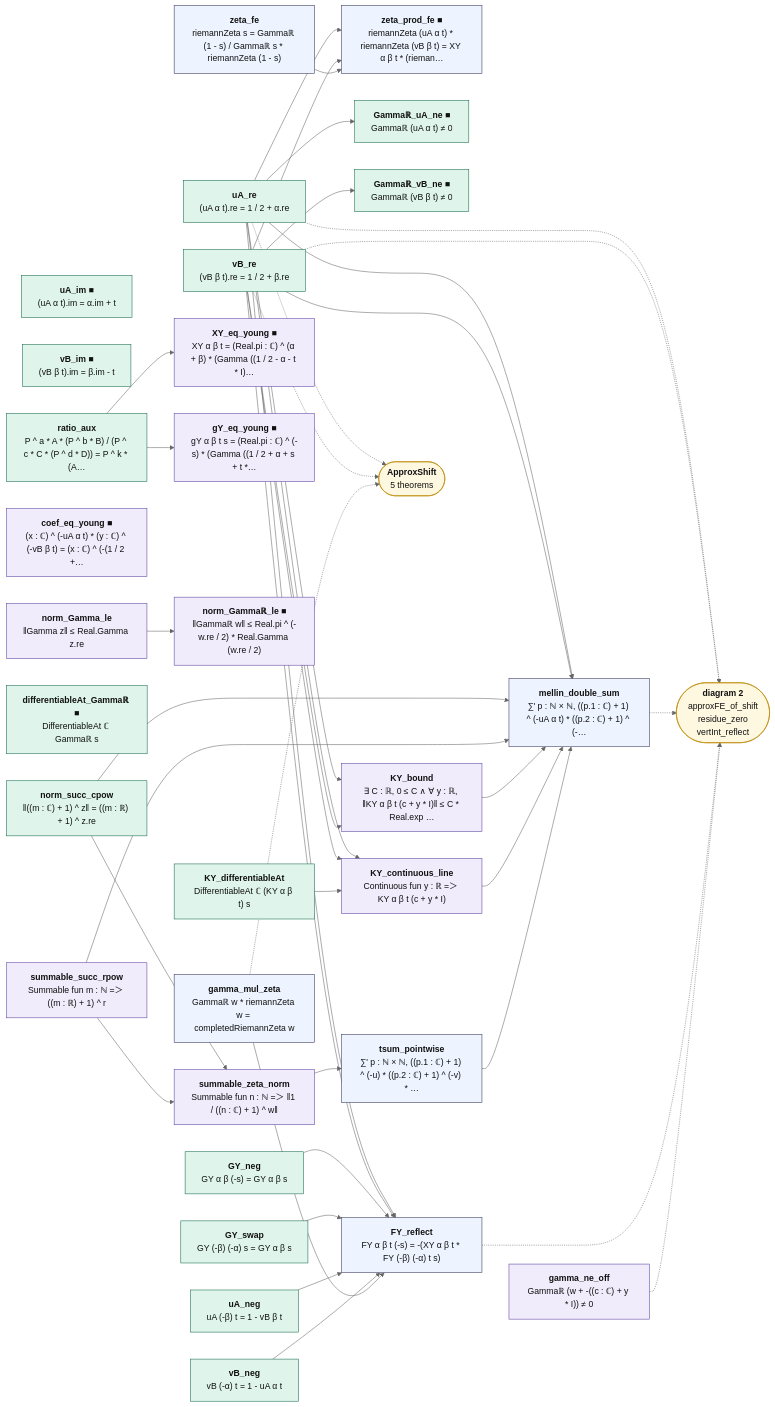
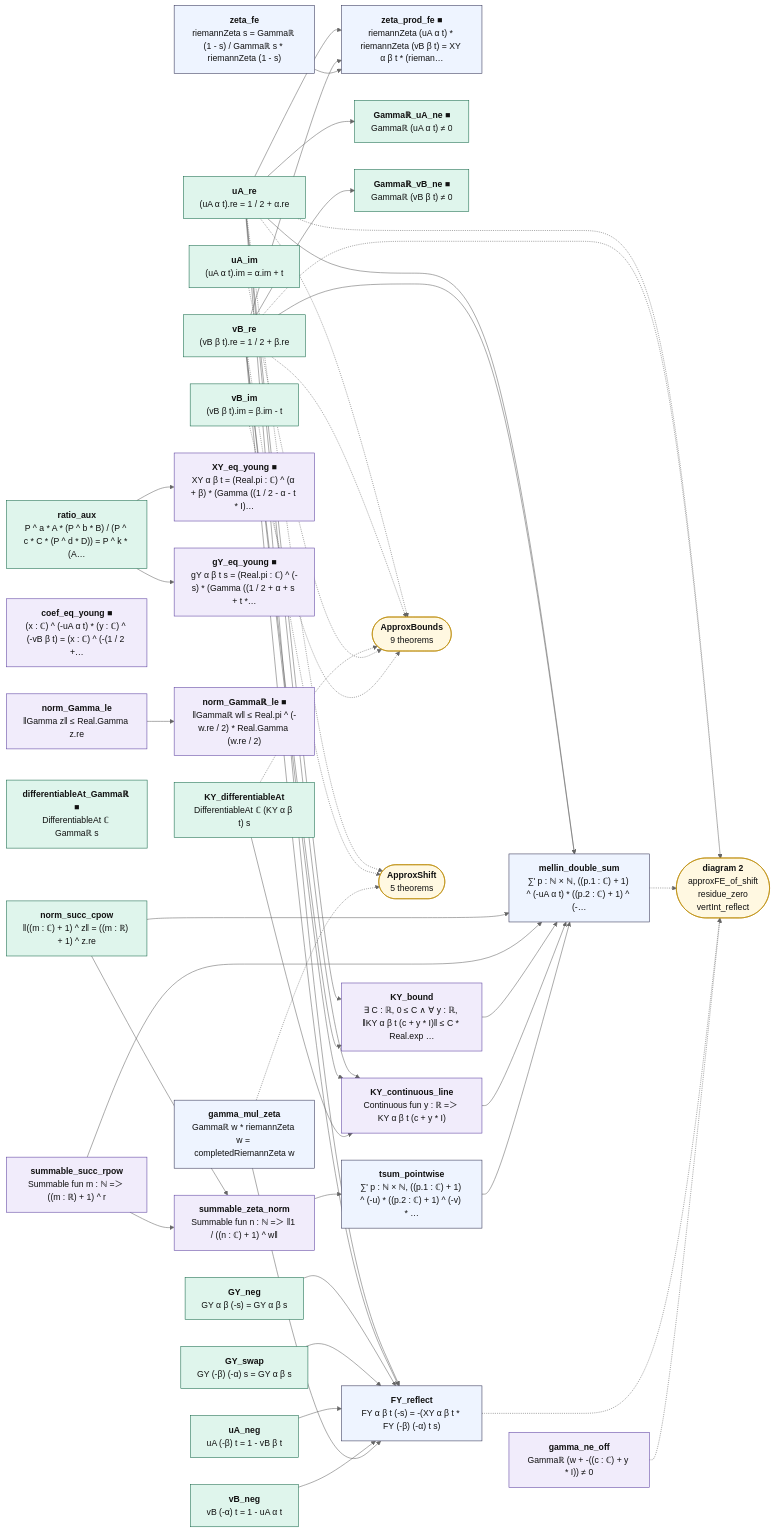
One commit to juliansambranojr/Primebeat_081426 changed the diagram in map/lean_stage3/ApproxFE.1.mmd. Above: the diagram before and after it, drawn with Mermaid (neutral theme). The commit also changed 26 other files, not shown here.

```diff
--- a/map/lean_stage3/ApproxFE.1.mmd
+++ b/map/lean_stage3/ApproxFE.1.mmd
@@ -1,79 +1,85 @@
 flowchart LR
   n0["<b>uA_re</b><br/>(uA α t).re = 1 / 2 + α.re"]:::cnt
   n1["<b>vB_re</b><br/>(vB β t).re = 1 / 2 + β.re"]:::cnt
-  n2["<b>uA_im ■</b><br/>(uA α t).im = α.im + t"]:::cnt
-  n3["<b>vB_im ■</b><br/>(vB β t).im = β.im - t"]:::cnt
+  n2["<b>uA_im</b><br/>(uA α t).im = α.im + t"]:::cnt
+  n3["<b>vB_im</b><br/>(vB β t).im = β.im - t"]:::cnt
   n4["<b>zeta_fe</b><br/>riemannZeta s = Gammaℝ (1 - s) / Gammaℝ s * riemannZeta (1 - s)"]:::thm
   n5["<b>zeta_prod_fe ■</b><br/>riemannZeta (uA α t) * riemannZeta (vB β t) = XY α β t * (rieman…"]:::thm
   n6["<b>Gammaℝ_uA_ne ■</b><br/>Gammaℝ (uA α t) ≠ 0"]:::cnt
   n7["<b>Gammaℝ_vB_ne ■</b><br/>Gammaℝ (vB β t) ≠ 0"]:::cnt
   n8["<b>ratio_aux</b><br/>P ^ a * A * (P ^ b * B) / (P ^ c * C * (P ^ d * D)) = P ^ k * (A…"]:::cnt
   n9["<b>XY_eq_young ■</b><br/>XY α β t = (Real.pi : ℂ) ^ (α + β) * (Gamma ((1 / 2 - α - t * I)…"]:::shp
   n10["<b>gY_eq_young ■</b><br/>gY α β t s = (Real.pi : ℂ) ^ (-s) * (Gamma ((1 / 2 + α + s + t *…"]:::shp
   n11["<b>coef_eq_young ■</b><br/>(x : ℂ) ^ (-uA α t) * (y : ℂ) ^ (-vB β t) = (x : ℂ) ^ (-(1 / 2 +…"]:::shp
   n12["<b>norm_Gamma_le</b><br/>‖Gamma z‖ ≤ Real.Gamma z.re"]:::shp
   n13["<b>norm_Gammaℝ_le ■</b><br/>‖Gammaℝ w‖ ≤ Real.pi ^ (-w.re / 2) * Real.Gamma (w.re / 2)"]:::shp
   n14["<b>differentiableAt_Gammaℝ ■</b><br/>DifferentiableAt ℂ Gammaℝ s"]:::cnt
   n15["<b>norm_succ_cpow</b><br/>‖((m : ℂ) + 1) ^ z‖ = ((m : ℝ) + 1) ^ z.re"]:::cnt
   n16["<b>summable_succ_rpow</b><br/>Summable fun m : ℕ =＞ ((m : ℝ) + 1) ^ r"]:::shp
   n17["<b>summable_zeta_norm</b><br/>Summable fun n : ℕ =＞ ‖1 / ((n : ℂ) + 1) ^ w‖"]:::shp
   n18["<b>KY_bound</b><br/>∃ C : ℝ, 0 ≤ C ∧ ∀ y : ℝ, ‖KY α β t (c + y * I)‖ ≤ C * Real.exp …"]:::shp
   n19["<b>KY_differentiableAt</b><br/>DifferentiableAt ℂ (KY α β t) s"]:::cnt
   n20["<b>KY_continuous_line</b><br/>Continuous fun y : ℝ =＞ KY α β t (c + y * I)"]:::shp
   n21["<b>tsum_pointwise</b><br/>∑' p : ℕ × ℕ, ((p.1 : ℂ) + 1) ^ (-u) * ((p.2 : ℂ) + 1) ^ (-v) * …"]:::thm
   n22["<b>mellin_double_sum</b><br/>∑' p : ℕ × ℕ, ((p.1 : ℂ) + 1) ^ (-uA α t) * ((p.2 : ℂ) + 1) ^ (-…"]:::thm
   n23["<b>GY_neg</b><br/>GY α β (-s) = GY α β s"]:::cnt
   n24["<b>GY_swap</b><br/>GY (-β) (-α) s = GY α β s"]:::cnt
   n25["<b>uA_neg</b><br/>uA (-β) t = 1 - vB β t"]:::cnt
   n26["<b>vB_neg</b><br/>vB (-α) t = 1 - uA α t"]:::cnt
   n27["<b>gamma_mul_zeta</b><br/>Gammaℝ w * riemannZeta w = completedRiemannZeta w"]:::thm
   n28["<b>FY_reflect</b><br/>FY α β t (-s) = -(XY α β t * FY (-β) (-α) t s)"]:::thm
   n29["<b>gamma_ne_off</b><br/>Gammaℝ (w + -((c : ℂ) + y * I)) ≠ 0"]:::shp
-  x0(["<b>diagram 2</b><br/>approxFE_of_shift<br/>residue_zero<br/>vertInt_reflect"]):::ext
-  x1(["<b>ApproxShift</b><br/>5 theorems"]):::ext
+  x0(["<b>ApproxBounds</b><br/>9 theorems"]):::ext
+  x1(["<b>diagram 2</b><br/>approxFE_of_shift<br/>residue_zero<br/>vertInt_reflect"]):::ext
+  x2(["<b>ApproxShift</b><br/>5 theorems"]):::ext
   n0 --> n18
   n0 --> n20
   n0 --> n22
   n0 --> n28
   n0 --> n5
   n0 --> n6
   n1 --> n18
   n1 --> n20
   n1 --> n22
   n1 --> n28
   n1 --> n5
   n1 --> n7
   n12 --> n13
   n15 --> n17
   n15 --> n22
   n16 --> n17
   n16 --> n22
   n17 --> n21
   n18 --> n22
   n19 --> n20
   n20 --> n22
   n21 --> n22
   n23 --> n28
   n24 --> n28
   n25 --> n28
   n26 --> n28
   n27 --> n28
   n4 --> n5
   n8 --> n10
   n8 --> n9
   n0 -.-> x0
   n0 -.-> x1
+  n0 -.-> x2
   n1 -.-> x0
   n1 -.-> x1
-  n22 -.-> x0
-  n27 -.-> x1
-  n28 -.-> x0
-  n29 -.-> x0
+  n1 -.-> x2
+  n19 -.-> x0
+  n2 -.-> x0
+  n22 -.-> x1
+  n27 -.-> x2
+  n28 -.-> x1
+  n29 -.-> x1
+  n3 -.-> x0
   classDef cnt fill:#dff5ec,stroke:#17694a,color:#111
   classDef shp fill:#f1ecfb,stroke:#5b3fa0,color:#111
   classDef rh fill:#ffe5e5,stroke:#c22,color:#111,stroke-width:2px
   classDef thm fill:#eef4ff,stroke:#335,color:#111
   classDef end_ fill:#e7f7e7,stroke:#2a7,color:#111,stroke-width:2px
   classDef lone fill:#fff,stroke:#999,color:#111,stroke-dasharray:4 3
   classDef bad fill:#ffe5e5,stroke:#c22,color:#111,stroke-width:2px
   classDef ext fill:#fff8e1,stroke:#b80,color:#111
```
